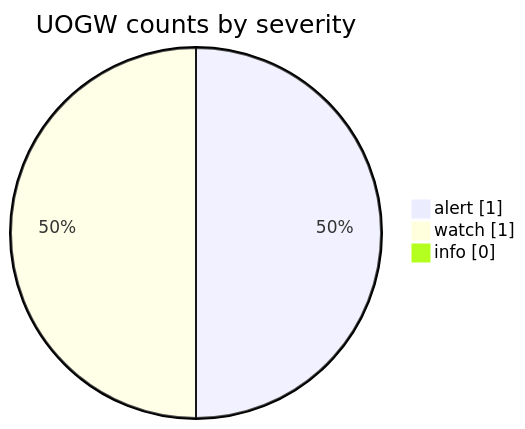
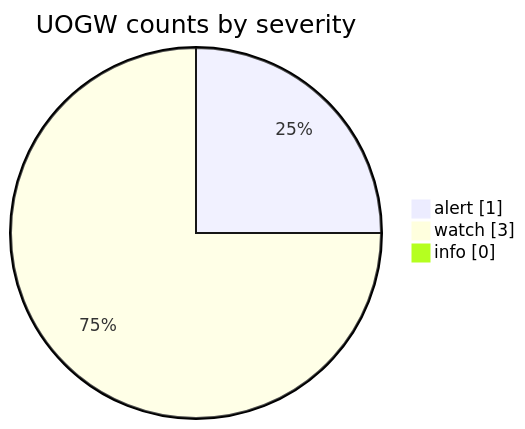
The fourth of 6 diagrams in docs/GRAPHS.md (Midwest-Stratospheric/aerostratospheric-defense-gir), drawn with Mermaid before and after one commit. The commit also changed other lines of this file and 24 other files, not shown here.

````diff
--- a/docs/GRAPHS.md
+++ b/docs/GRAPHS.md
@@ -66,7 +66,7 @@
 ```mermaid
 pie showData
   title UOGW counts by severity
   "alert" : 1
-  "watch" : 1
+  "watch" : 3
   "info" : 0
 ```
````
